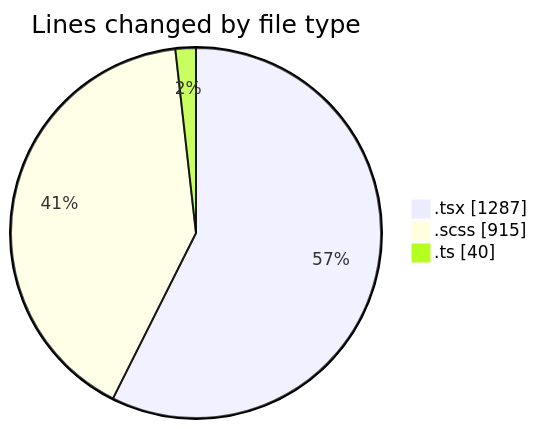
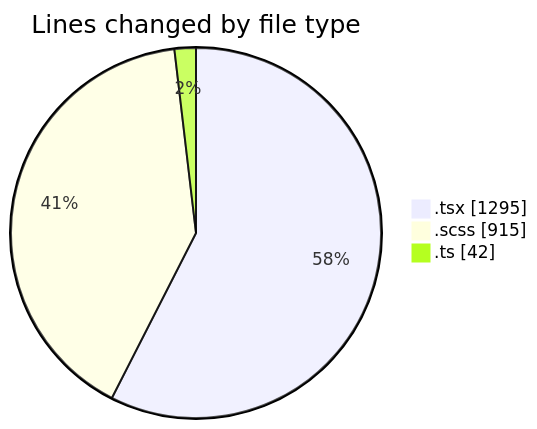
Before and after one commit to momahboobian/code-tracking: the first of 2 diagrams in 2025-03-27/cda/README.md, drawn with Mermaid. The commit also changed other lines of this file and 1 other file, not shown here.

````diff
--- a/2025-03-27/cda/README.md
+++ b/2025-03-27/cda/README.md
@@ -29,7 +29,7 @@
 ```mermaid
 pie showData
 title Lines changed by file type
-".tsx" : 1287
+".tsx" : 1295
 ".scss" : 915
-".ts" : 40
+".ts" : 42
 ```
````
